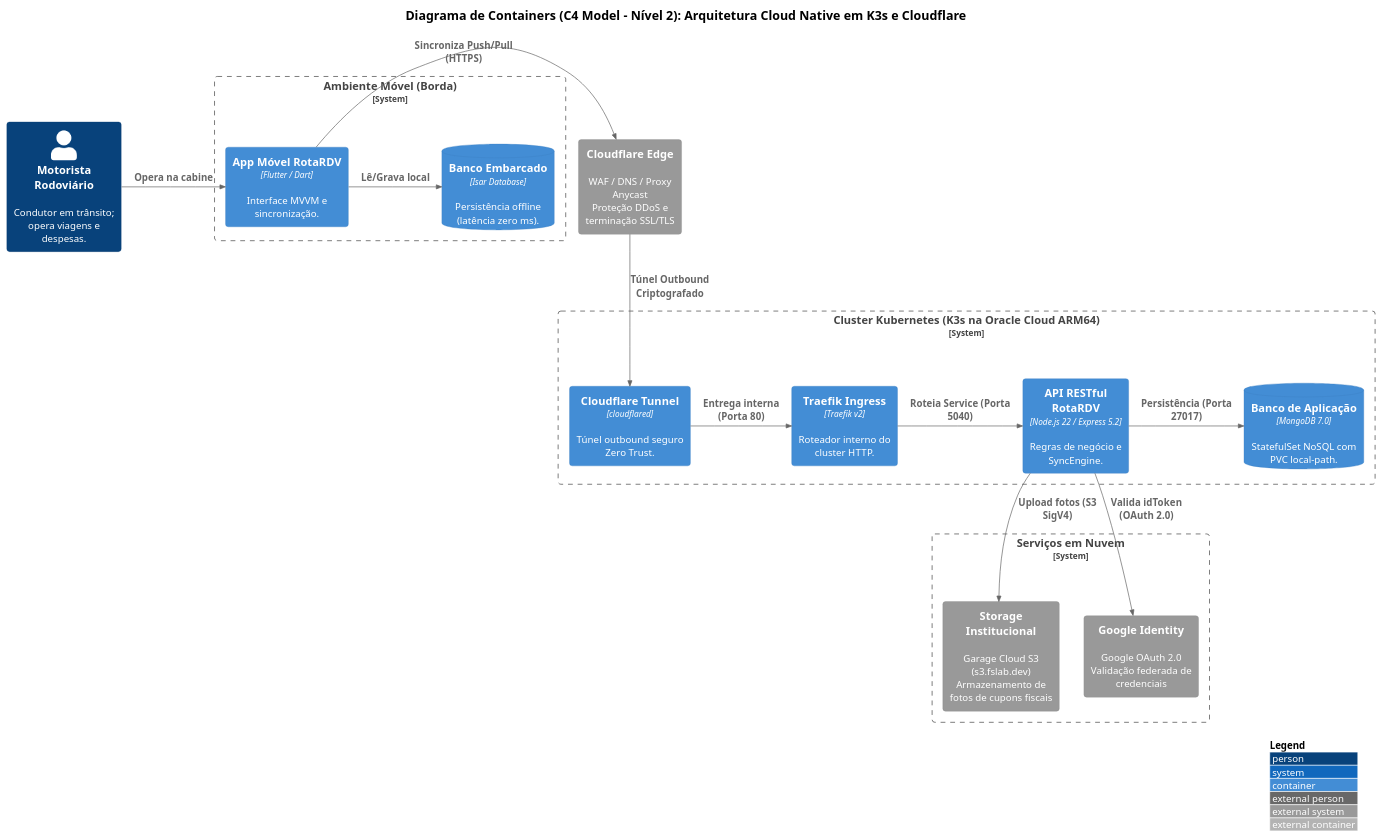
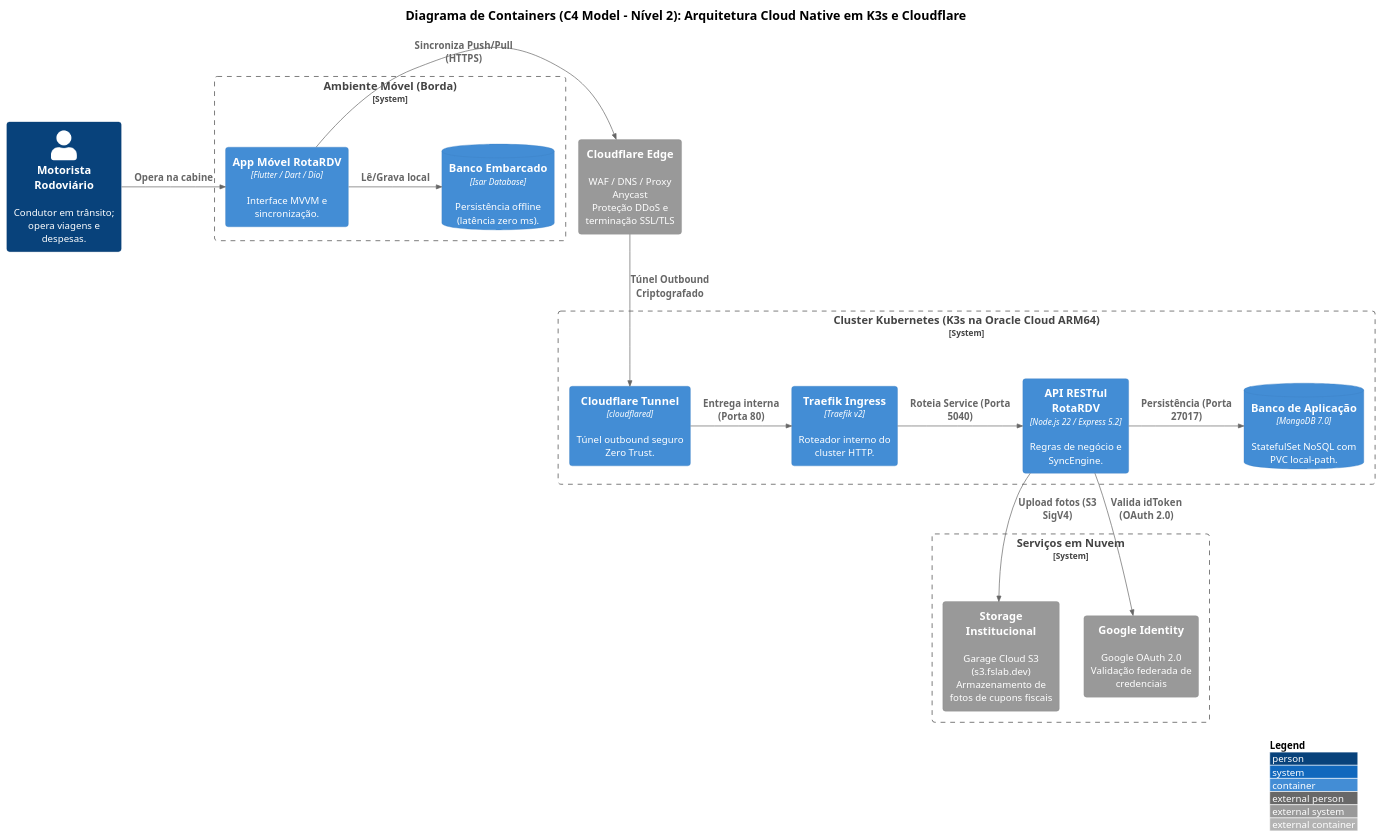
Before and after one commit to Luisdevux/RotaRDV-API: the diagram in documentacao/diagramas/containers/diagrama_containers_artigo.puml, drawn with PlantUML. The commit also changed 12 other files, not shown here.

Commit message:
docs(Diagramas): Atualizando diagramas para incluir a arquitetura de conectividade do mobile Dio, que antes era http

```diff
--- a/documentacao/diagramas/containers/diagrama_containers_artigo.puml
+++ b/documentacao/diagramas/containers/diagrama_containers_artigo.puml
@@ -1,53 +1,53 @@
 @startuml
 !include <C4/C4_Container>
 
 skinparam defaultFontName Arial
 skinparam defaultFontSize 14
 skinparam TitleFontSize 18
 skinparam roundCorner 8
 skinparam shadowing false
 skinparam wrapWidth 160
 
 LAYOUT_WITH_LEGEND()
 
 title **Diagrama de Containers (C4 Model - Nível 2): Arquitetura Cloud Native em K3s e Cloudflare**
 
 Person(motorista, "Motorista Rodoviário", "Condutor em trânsito; opera viagens e despesas.")
 
 System_Boundary(c_client, "Ambiente Móvel (Borda)") {
-    Container(mobile_app, "App Móvel RotaRDV", "Flutter / Dart", "Interface MVVM e sincronização.")
+    Container(mobile_app, "App Móvel RotaRDV", "Flutter / Dart / Dio", "Interface MVVM e sincronização.")
     ContainerDb(isar_db, "Banco Embarcado", "Isar Database", "Persistência offline (latência zero ms).")
 }
 
 System_Ext(cf_edge, "Cloudflare Edge", "WAF / DNS / Proxy Anycast\nProteção DDoS e terminação SSL/TLS")
 
 System_Boundary(c_k3s, "Cluster Kubernetes (K3s na Oracle Cloud ARM64)") {
     Container(cf_tunnel, "Cloudflare Tunnel", "cloudflared", "Túnel outbound seguro Zero Trust.")
     Container(traefik, "Traefik Ingress", "Traefik v2", "Roteador interno do cluster HTTP.")
     Container(backend_api, "API RESTful RotaRDV", "Node.js 22 / Express 5.2", "Regras de negócio e SyncEngine.")
     ContainerDb(mongodb, "Banco de Aplicação", "MongoDB 7.0", "StatefulSet NoSQL com PVC local-path.")
 }
 
 System_Boundary(c_externos, "Serviços em Nuvem") {
     System_Ext(garage_s3, "Storage Institucional", "Garage Cloud S3 (s3.fslab.dev)\nArmazenamento de fotos de cupons fiscais")
     System_Ext(google_auth, "Google Identity", "Google OAuth 2.0\nValidação federada de credenciais")
 }
 
 ' Linha 1: Cliente Móvel e Borda (Horizontal)
 Rel_Right(motorista, mobile_app, "Opera na cabine")
 Rel_Right(mobile_app, isar_db, "Lê/Grava local")
 Rel_Right(mobile_app, cf_edge, "Sincroniza Push/Pull (HTTPS)")
 
 ' Transição de Borda para o Cluster K3s (Descida Única)
 Rel_Down(cf_edge, cf_tunnel, "Túnel Outbound Criptografado")
 
 ' Linha 2: Cluster K3s e Persistência (Horizontal)
 Rel_Right(cf_tunnel, traefik, "Entrega interna (Porta 80)")
 Rel_Right(traefik, backend_api, "Roteia Service (Porta 5040)")
 Rel_Right(backend_api, mongodb, "Persistência (Porta 27017)")
 
 ' Conexões para Serviços Externos
 Rel_Down(backend_api, garage_s3, "Upload fotos (S3 SigV4)")
 Rel_Down(backend_api, google_auth, "Valida idToken (OAuth 2.0)")
 
 @enduml
```
